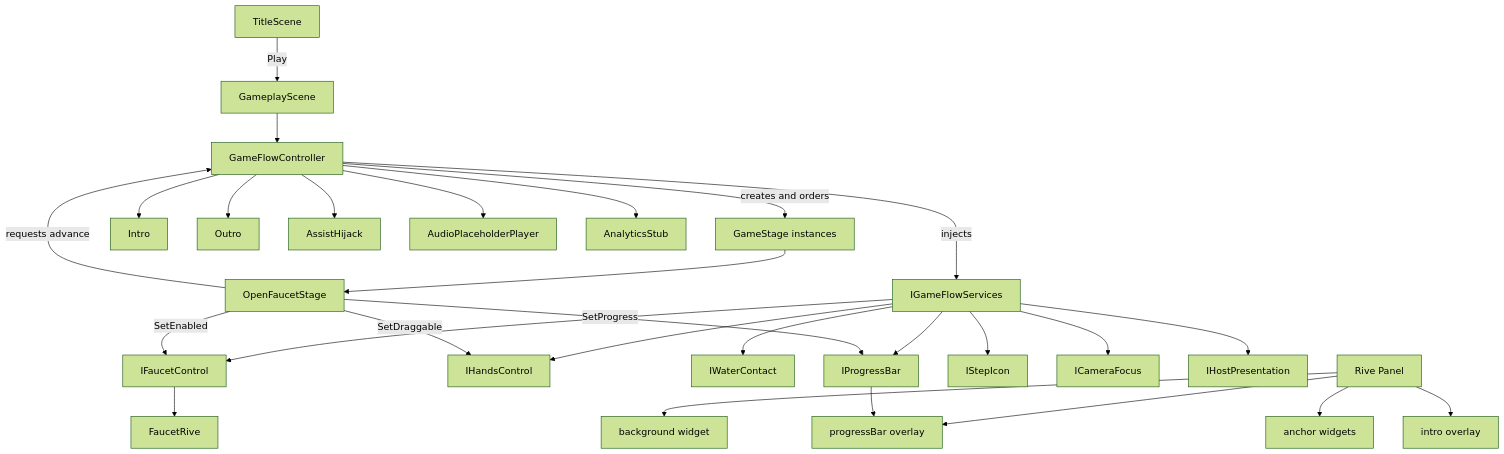
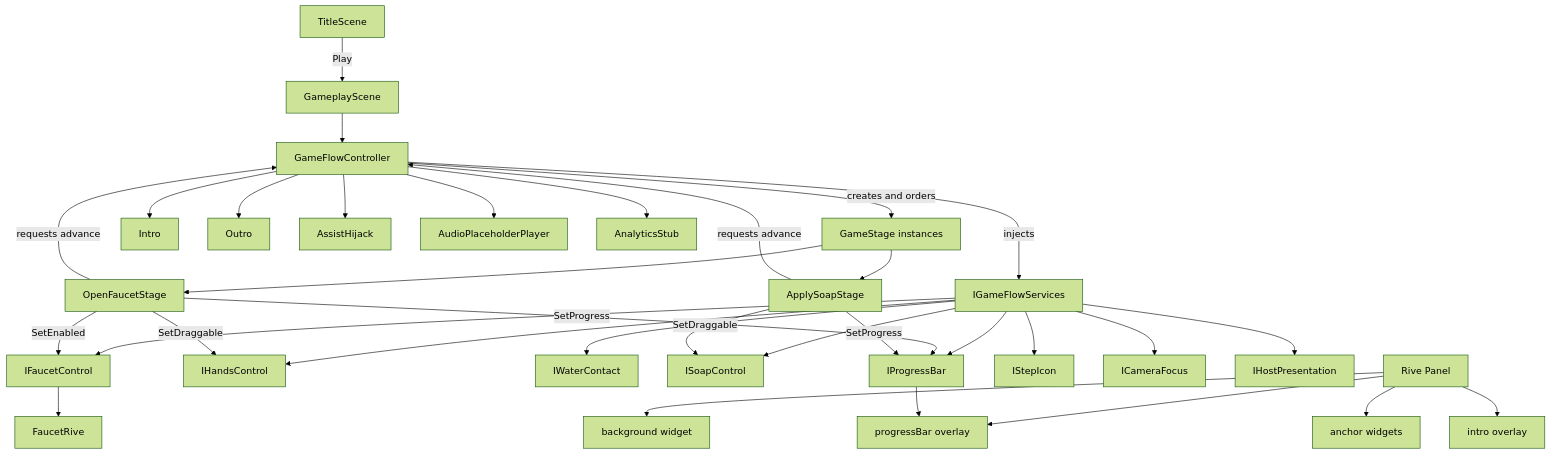
The diagram in docs/inception/tech/TAD-v3.md (Alcal/protosimi), drawn with Mermaid (forest theme) before and after one commit. The commit also changed other lines of this file and 14 other files, not shown here.

First line of the commit message:
Add ApplySoapStage and Soap functionality to gameplay flow

````diff
--- a/docs/inception/tech/TAD-v3.md
+++ b/docs/inception/tech/TAD-v3.md
@@ -26,31 +26,36 @@
 ```mermaid
 flowchart TD
     title[TitleScene] -->|Play| gameplay[GameplayScene]
     gameplay --> flow[GameFlowController]
     flow -->|creates and orders| stages[GameStage instances]
     flow -->|injects| services[IGameFlowServices]
     services --> faucet[IFaucetControl]
     services --> hands[IHandsControl]
     services --> water[IWaterContact]
+    services --> soap[ISoapControl]
     services --> progress[IProgressBar]
     services --> icon[IStepIcon]
     services --> camera[ICameraFocus]
     services --> host[IHostPresentation]
     stages --> open[OpenFaucetStage]
+    stages --> applySoap[ApplySoapStage]
     open -->|SetEnabled| faucet
     open -->|SetDraggable| hands
+    applySoap -->|SetDraggable| soap
     open -->|SetProgress| progress
+    applySoap -->|SetProgress| progress
     open -->|requests advance| flow
+    applySoap -->|requests advance| flow
     flow --> introState[Intro]
     flow --> outroState[Outro]
     flow --> assist[AssistHijack]
     flow --> audio[AudioPlaceholderPlayer]
     flow --> analytics[AnalyticsStub]
     panel[Rive Panel]
     panel --> bg[background widget]
     panel --> comps[anchor widgets]
     panel --> bar[progressBar overlay]
     panel --> intro[intro overlay]
     faucet --> faucetW[FaucetRive]
     progress --> bar
 ```
````
